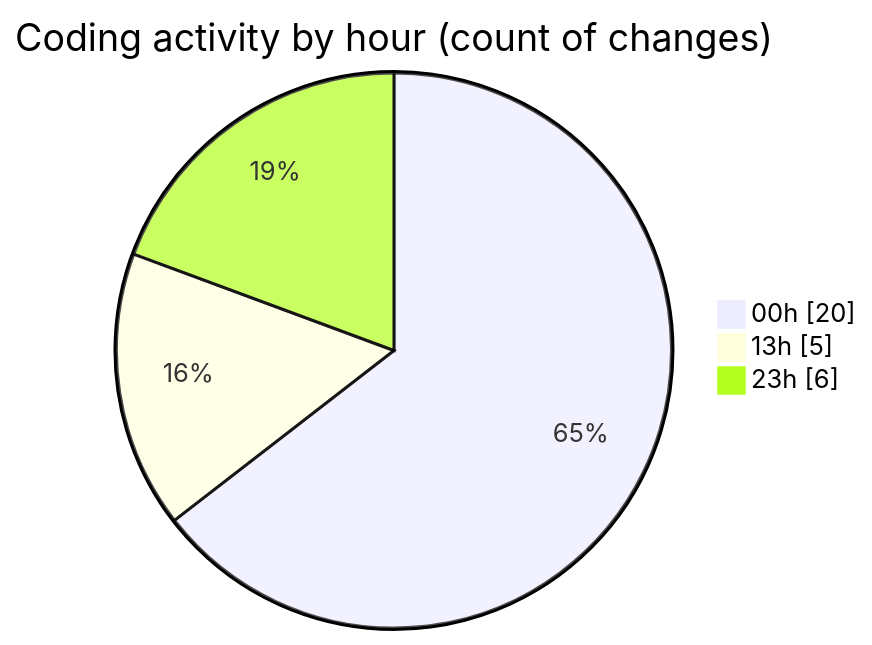
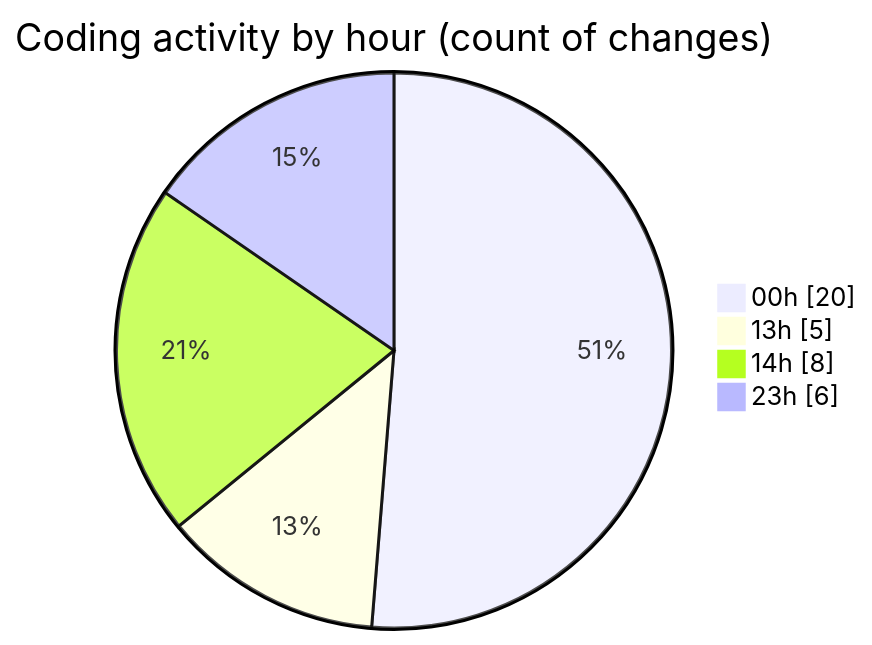
The second of 2 diagrams in 2025-02-26/myws__workspace_/README.md (MatusMokan/code-tracking), drawn with Mermaid before and after one commit. The commit also changed other lines of this file and 1 other file, not shown here.

````diff
--- a/2025-02-26/myws__workspace_/README.md
+++ b/2025-02-26/myws__workspace_/README.md
@@ -29,7 +29,8 @@
 ```mermaid
 pie showData
 title Coding activity by hour (count of changes)
 "00h" : 20
 "13h" : 5
+"14h" : 8
 "23h" : 6
 ```
````
